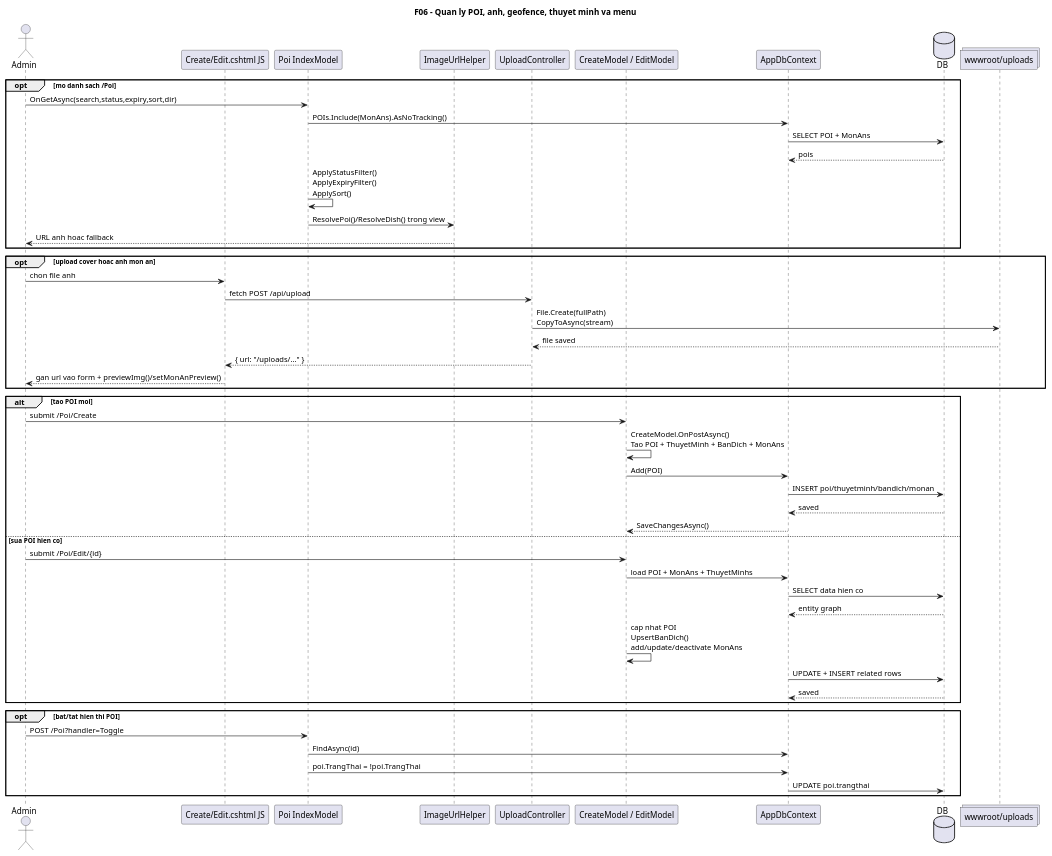
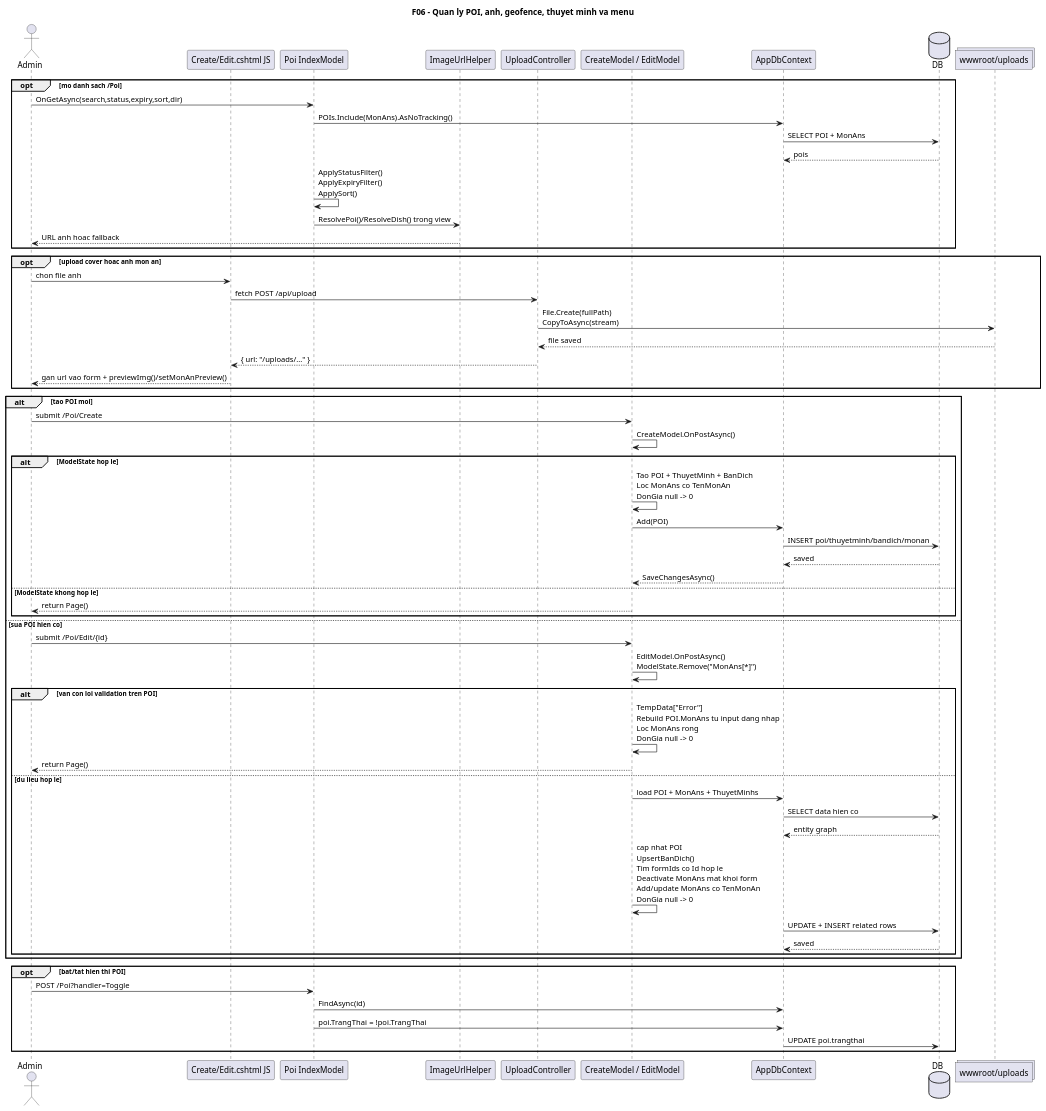
The diagram in docs/diagrams/06-cms-poi-management-sequence.puml (VoBao182/PhoAmThuc), drawn with PlantUML before and after one commit. The commit also changed 21 other files, not shown here.

```diff
--- a/docs/diagrams/06-cms-poi-management-sequence.puml
+++ b/docs/diagrams/06-cms-poi-management-sequence.puml
@@ -1,68 +1,79 @@
 @startuml
 ' Diagram: F06 - Quan ly POI, anh, geofence, thuyet minh va menu (Sequence)
 ' Status: WIP
-' Baseline: branch master, HEAD b618c08
+' Baseline: branch master, HEAD adb1a28
 ' Source:
 ' - VinhKhanhTour.CMS/Pages/Poi/Index.cshtml.cs: OnGetAsync(), OnPostToggleAsync()
 ' - VinhKhanhTour.CMS/Pages/Poi/Create.cshtml.cs: OnPostAsync()
 ' - VinhKhanhTour.CMS/Pages/Poi/Edit.cshtml.cs: OnPostAsync(), UpsertBanDich()
 ' - VinhKhanhTour.CMS/Utils/ImageUrlHelper.cs: ResolvePoi(), ResolveDish()
 ' - VinhKhanhTour.CMS/Pages/Poi/Create.cshtml: doUpload()
 ' - VinhKhanhTour.CMS/Pages/Poi/Edit.cshtml: doUpload()
 ' - VinhKhanhTour.API/Controllers/UploadController.cs: Upload()
-' Note: Sequence bo sung doc danh sach POI voi filter/sort va ImageUrlHelper; khong them service nao khong co trong code.
+' Note: Sequence bo sung xu ly MonAns moi trong Create/Edit: bo qua row rong, DonGia=0 khi null, va giu input dang nhap neu validation POI loi.
 title F06 - Quan ly POI, anh, geofence, thuyet minh va menu
 
 actor Admin
 participant "Create/Edit.cshtml JS" as JS
 participant "Poi IndexModel" as IndexModel
 participant ImageUrlHelper
 participant "UploadController" as UploadController
 participant "CreateModel / EditModel" as PageModel
 participant AppDbContext
 database DB
 collections "wwwroot/uploads" as UploadStore
 
 opt mo danh sach /Poi
   Admin -> IndexModel: OnGetAsync(search,status,expiry,sort,dir)
   IndexModel -> AppDbContext: POIs.Include(MonAns).AsNoTracking()
   AppDbContext -> DB: SELECT POI + MonAns
   DB --> AppDbContext: pois
   IndexModel -> IndexModel: ApplyStatusFilter()\nApplyExpiryFilter()\nApplySort()
   IndexModel -> ImageUrlHelper: ResolvePoi()/ResolveDish() trong view
   ImageUrlHelper --> Admin: URL anh hoac fallback
 end
 
 opt upload cover hoac anh mon an
   Admin -> JS: chon file anh
   JS -> UploadController: fetch POST /api/upload
   UploadController -> UploadStore: File.Create(fullPath)\nCopyToAsync(stream)
   UploadStore --> UploadController: file saved
   UploadController --> JS: { url: "/uploads/..." }
   JS --> Admin: gan url vao form + previewImg()/setMonAnPreview()
 end
 
 alt tao POI moi
   Admin -> PageModel: submit /Poi/Create
-  PageModel -> PageModel: CreateModel.OnPostAsync()\nTao POI + ThuyetMinh + BanDich + MonAns
-  PageModel -> AppDbContext: Add(POI)
-  AppDbContext -> DB: INSERT poi/thuyetminh/bandich/monan
-  DB --> AppDbContext: saved
-  AppDbContext --> PageModel: SaveChangesAsync()
+  PageModel -> PageModel: CreateModel.OnPostAsync()
+  alt ModelState hop le
+    PageModel -> PageModel: Tao POI + ThuyetMinh + BanDich\nLoc MonAns co TenMonAn\nDonGia null -> 0
+    PageModel -> AppDbContext: Add(POI)
+    AppDbContext -> DB: INSERT poi/thuyetminh/bandich/monan
+    DB --> AppDbContext: saved
+    AppDbContext --> PageModel: SaveChangesAsync()
+  else ModelState khong hop le
+    PageModel --> Admin: return Page()
+  end
 else sua POI hien co
   Admin -> PageModel: submit /Poi/Edit/{id}
-  PageModel -> AppDbContext: load POI + MonAns + ThuyetMinhs
-  AppDbContext -> DB: SELECT data hien co
-  DB --> AppDbContext: entity graph
-  PageModel -> PageModel: cap nhat POI\nUpsertBanDich()\nadd/update/deactivate MonAns
-  AppDbContext -> DB: UPDATE + INSERT related rows
-  DB --> AppDbContext: saved
+  PageModel -> PageModel: EditModel.OnPostAsync()\nModelState.Remove("MonAns[*]")
+  alt van con loi validation tren POI
+    PageModel -> PageModel: TempData["Error"]\nRebuild POI.MonAns tu input dang nhap\nLoc MonAns rong\nDonGia null -> 0
+    PageModel --> Admin: return Page()
+  else du lieu hop le
+    PageModel -> AppDbContext: load POI + MonAns + ThuyetMinhs
+    AppDbContext -> DB: SELECT data hien co
+    DB --> AppDbContext: entity graph
+    PageModel -> PageModel: cap nhat POI\nUpsertBanDich()\nTim formIds co Id hop le\nDeactivate MonAns mat khoi form\nAdd/update MonAns co TenMonAn\nDonGia null -> 0
+    AppDbContext -> DB: UPDATE + INSERT related rows
+    DB --> AppDbContext: saved
+  end
 end
 
 opt bat/tat hien thi POI
   Admin -> IndexModel: POST /Poi?handler=Toggle
   IndexModel -> AppDbContext: FindAsync(id)
   IndexModel -> AppDbContext: poi.TrangThai = !poi.TrangThai
   AppDbContext -> DB: UPDATE poi.trangthai
 end
 @enduml
```
